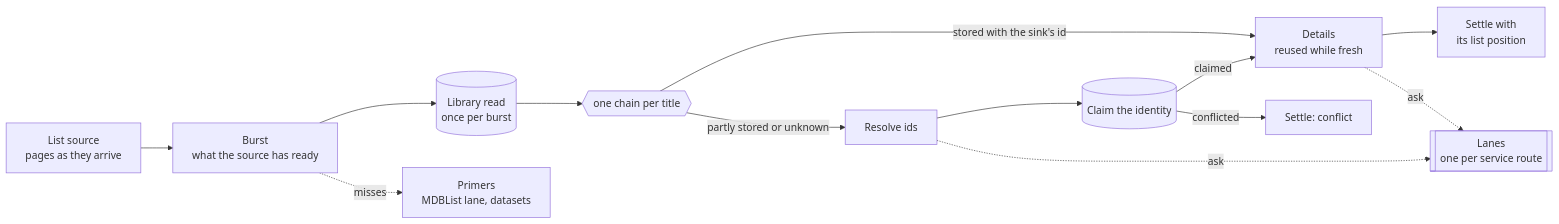
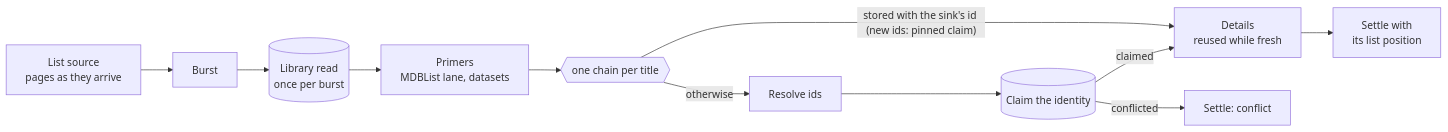
The first of 3 diagrams in docs/architecture/sections/04-runtime.md (daerup/Sammlarr), drawn with Mermaid before and after one commit. The commit also changed other lines of this file and 4 other files, not shown here.

Commit message:
docs(architecture): chapters 1 to 5 describe today's Sammlarr

````diff
--- a/docs/architecture/sections/04-runtime.md
+++ b/docs/architecture/sections/04-runtime.md
@@ -14,15 +16,13 @@
 ```mermaid
 flowchart LR
-  SRC[List source<br/>pages as they arrive] --> BURST[Burst<br/>what the source has ready]
-  BURST --> LIB[(Library read<br/>once per burst)]
-  BURST -.->|misses| PRIME[Primers<br/>MDBList lane, datasets]
-  LIB --> CHAIN{{one chain per title}}
-  CHAIN -->|partly stored or unknown| IDS[Resolve ids]
-  IDS --> CLAIM[(Claim the identity)]
-  CLAIM -->|claimed| DET[Details<br/>reused while fresh]
-  CLAIM -->|conflicted| CON[Settle: conflict]
-  CHAIN -->|stored with the sink's id| DET
-  DET --> OUT[Settle with<br/>its list position]
-  IDS -.->|ask| LANES[[Lanes<br/>one per service route]]
-  DET -.->|ask| LANES
+  SRC["List source<br/>pages as they arrive"] --> BURST["Burst"]
+  BURST --> LIB[("Library read<br/>once per burst")]
+  LIB --> PRIME["Primers<br/>MDBList lane, datasets"]
+  PRIME --> CHAIN{{"one chain per title"}}
+  CHAIN -->|"stored with the sink's id (new ids: pinned claim)"| DET["Details<br/>reused while fresh"]
+  CHAIN -->|otherwise| IDS["Resolve ids"]
+  IDS --> CLAIM[("Claim the identity")]
+  CLAIM -->|claimed| DET
+  CLAIM -->|conflicted| CON["Settle: conflict"]
+  DET --> OUT["Settle with<br/>its list position"]
 ```
````
